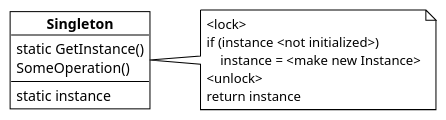
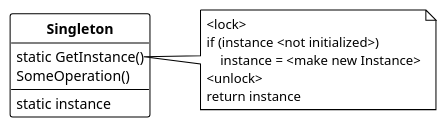
The diagram in creational_patterns/singleton/singleton.md (dst80/design-patterns), drawn with PlantUML before and after one commit. The commit also changed 10 other files, not shown here.

````diff
--- a/creational_patterns/singleton/singleton.md
+++ b/creational_patterns/singleton/singleton.md
@@ -6,23 +6,24 @@
 ```plantuml
 @startuml singleton
 !theme plain
 
+hide circle
 skinparam nodesep 50
 skinparam ranksep 40
 
-object "**Singleton**" as Client {
+class "**Singleton**" as singleton {
     static GetInstance()
     SomeOperation()
     ---
     static instance
 }
-note right of Client
+note right of singleton::GetInstance
 <lock>
 if (instance <not initialized>) 
     instance = <make new Instance>
 <unlock>
 return instance
 end note
 
 @enduml
 ```
````
